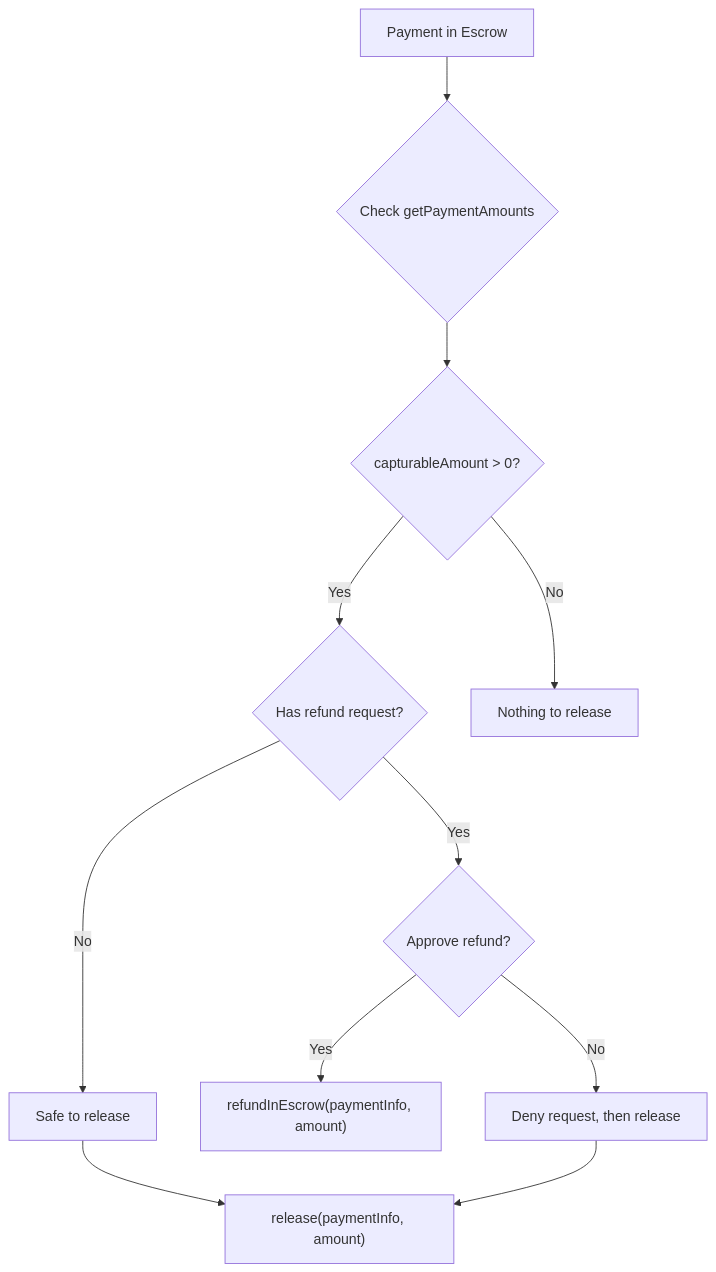
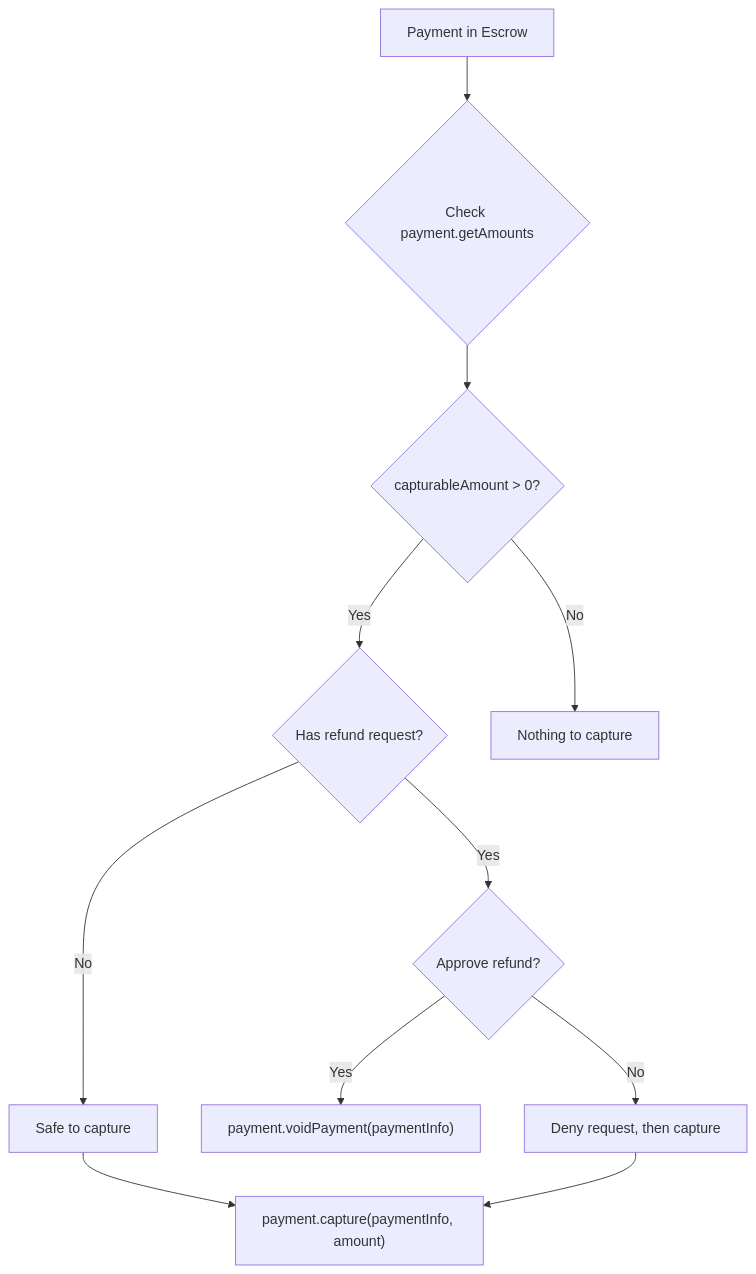
Before and after one commit to BackTrackCo/docs: the diagram in sdk/merchant/quickstart.mdx, drawn with Mermaid. The commit also changed other lines of this file and 78 other files, not shown here.

````diff
--- a/sdk/merchant/quickstart.mdx
+++ b/sdk/merchant/quickstart.mdx
@@ -215,13 +252,13 @@
 ```mermaid
 flowchart TD
-    A[Payment in Escrow] --> B{Check getPaymentAmounts}
+    A[Payment in Escrow] --> B{Check payment.getAmounts}
     B --> C{capturableAmount > 0?}
     C -->|Yes| D{Has refund request?}
-    C -->|No| E[Nothing to release]
-    D -->|No| F[Safe to release]
+    C -->|No| E[Nothing to capture]
+    D -->|No| F[Safe to capture]
     D -->|Yes| G{Approve refund?}
-    F --> H["release(paymentInfo, amount)"]
-    G -->|Yes| I["refundInEscrow(paymentInfo, amount)"]
-    G -->|No| J[Deny request, then release]
+    F --> H["payment.capture(paymentInfo, amount)"]
+    G -->|Yes| I["payment.voidPayment(paymentInfo)"]
+    G -->|No| J[Deny request, then capture]
     J --> H
 ```
````
